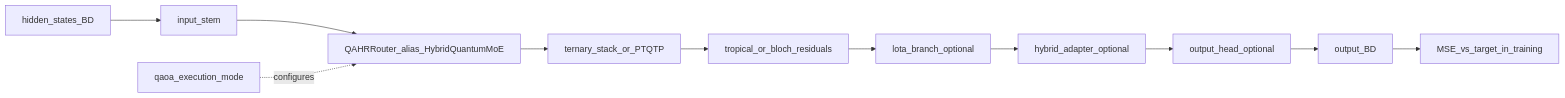
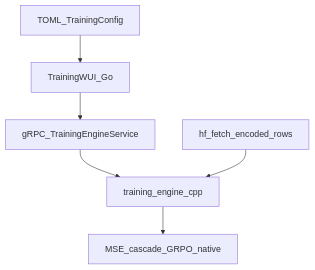
The second of 2 diagrams in docs/architecture/JOURNEY_OF_A_VECTOR.md (kennetholsenatm-gif/q_mini_wasm_v2), drawn with Mermaid before and after one commit. The commit also changed other lines of this file and 16 other files, not shown here.

````diff
--- a/docs/architecture/JOURNEY_OF_A_VECTOR.md
+++ b/docs/architecture/JOURNEY_OF_A_VECTOR.md
@@ -54,13 +52,11 @@
 ```mermaid
-flowchart LR
-  IN[hidden_states_BD] --> STEM[input_stem]
-  STEM --> QAHR[QAHRRouter_alias_HybridQuantumMoE]
-  QAHW[qaoa_execution_mode] -.->|configures| QAHR
-  QAHR --> TERN[ternary_stack_or_PTQTP]
-  TERN --> OPT[tropical_or_bloch_residuals]
-  OPT --> LOTA[lota_branch_optional]
-  LOTA --> ADP[hybrid_adapter_optional]
-  ADP --> HEAD[output_head_optional]
-  HEAD --> OUT[output_BD]
-  OUT --> LOSS[MSE_vs_target_in_training]
+flowchart TB
+  TOML[TOML_TrainingConfig]
+  WUI[TrainingWUI_Go]
+  GRPC[gRPC_TrainingEngineService]
+  ENG[training_engine_cpp]
+  HF[hf_fetch_encoded_rows]
+  TOML --> WUI --> GRPC --> ENG
+  HF --> ENG
+  ENG --> LOSS[MSE_cascade_GRPO_native]
 ```
````
